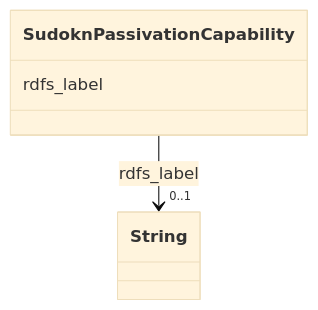
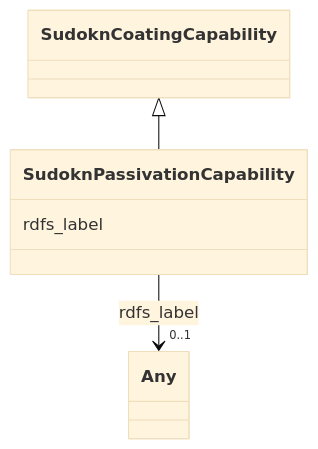
The diagram in sudokn-kg/classes/SudoknPassivationCapability.md (frink-okn/graph-descriptions), drawn with Mermaid (base theme) before and after one commit. The commit also changed other lines of this file and 903 other files, not shown here.

````diff
--- a/sudokn-kg/classes/SudoknPassivationCapability.md
+++ b/sudokn-kg/classes/SudoknPassivationCapability.md
@@ -23,15 +18,18 @@
 ```mermaid
  classDiagram
     class SudoknPassivationCapability
     click SudoknPassivationCapability href "../SudoknPassivationCapability"
+      SudoknCoatingCapability <|-- SudoknPassivationCapability
+        click SudoknCoatingCapability href "../SudoknCoatingCapability"
+      
       SudoknPassivationCapability : rdfs_label
         
           
     
     
-    SudoknPassivationCapability --> "0..1" String : rdfs_label
-    click String href "../String"
+    SudoknPassivationCapability --> "0..1" Any : rdfs_label
+    click Any href "../Any"
 
         
       
 ```
````
